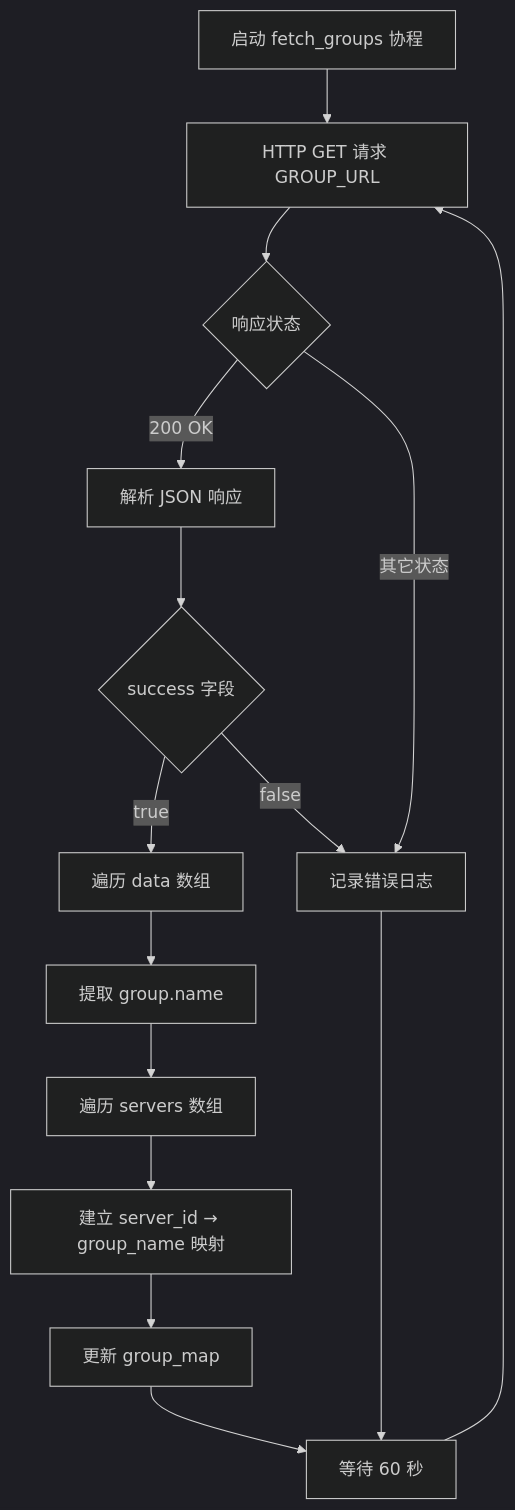
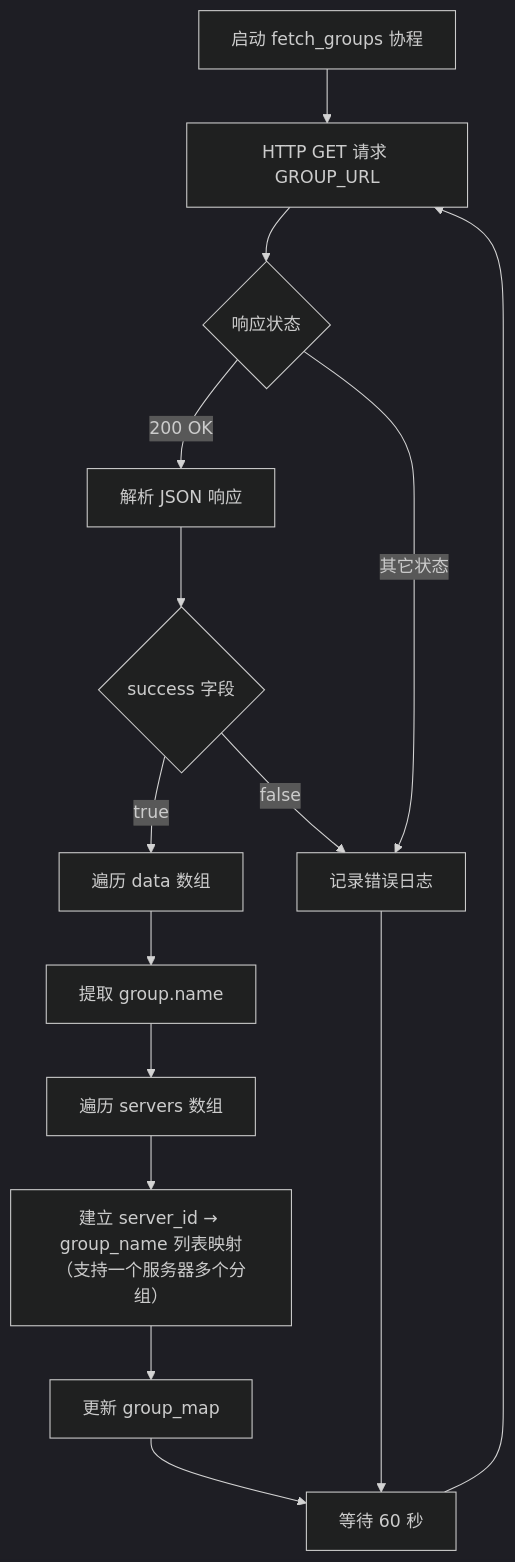
One commit to Moeyuuko/nezhaV1-exporter changed the sixth of 6 diagrams in nezha-exporter.md. Above: the diagram before and after it, drawn with Mermaid (dark theme). The commit also changed other lines of this file and 2 other files, not shown here.

````diff
--- a/nezha-exporter.md
+++ b/nezha-exporter.md
@@ -169,20 +169,20 @@
 ```mermaid
 flowchart TD
     A["启动 fetch_groups 协程"] --> B["HTTP GET 请求 GROUP_URL"]
     B --> C{"响应状态"}
     C -- "200 OK" --> D["解析 JSON 响应"]
     C -- "其它状态" --> E["记录错误日志"]
     
     D --> F{"success 字段"}
     F -- "true" --> G["遍历 data 数组"]
     F -- "false" --> E
     
     G --> H["提取 group.name"]
     H --> I["遍历 servers 数组"]
-    I --> J["建立 server_id → group_name 映射"]
+    I --> J["建立 server_id → group_name 列表映射<br/>（支持一个服务器多个分组）"]
     J --> K["更新 group_map"]
     
     K --> L["等待 60 秒"]
     E --> L
     L --> B
 ```
````
